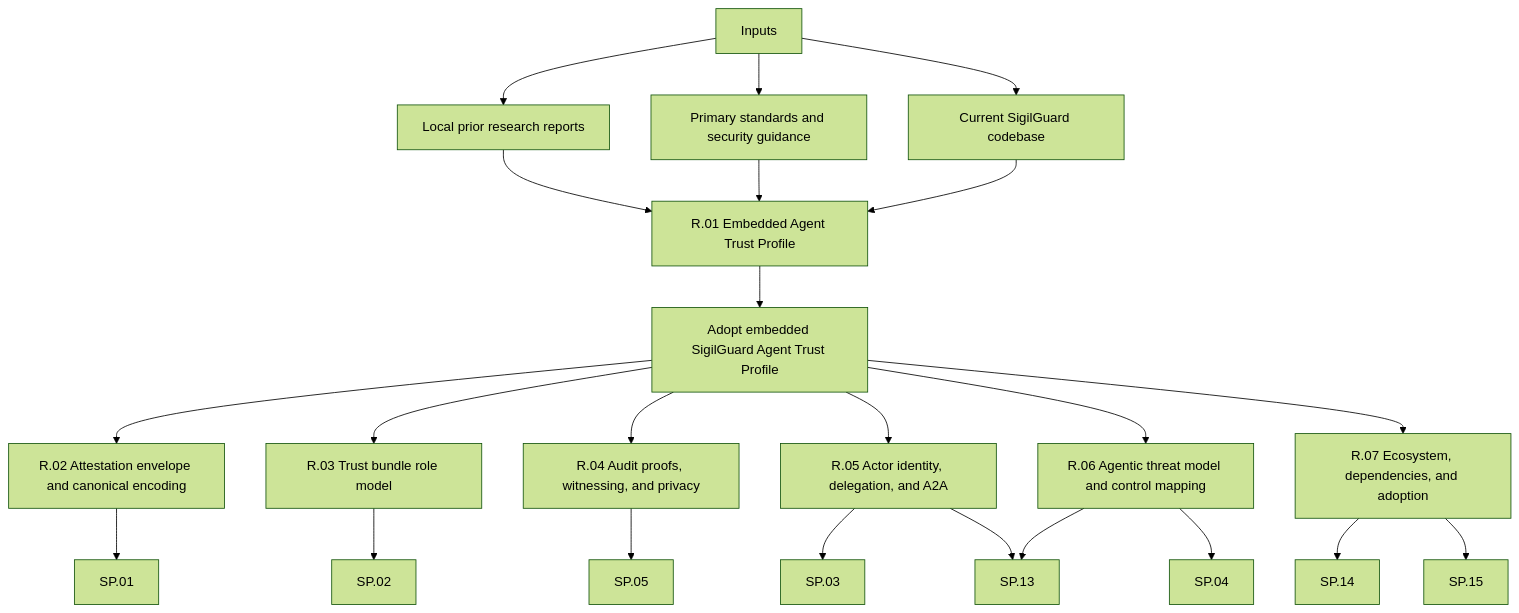
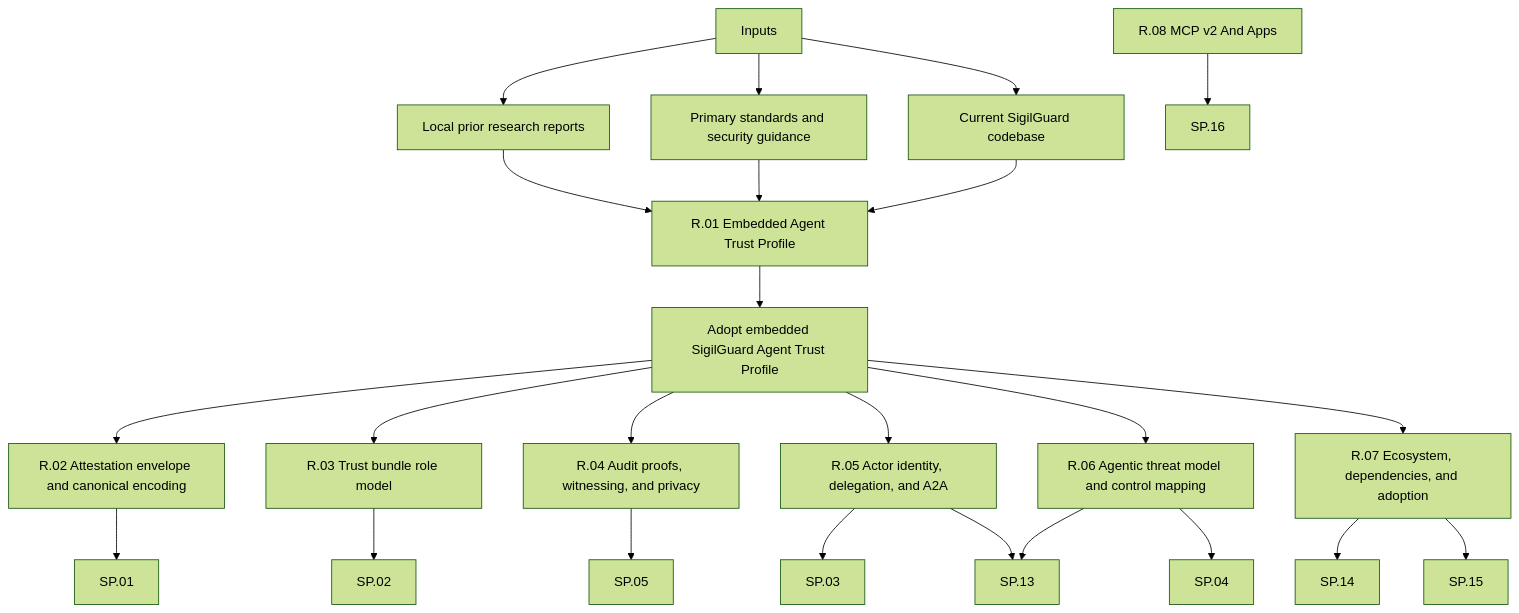
The diagram in docs/research/README.md (futhr/sigil_guard), drawn with Mermaid (forest theme) before and after one commit. The commit also changed other lines of this file and 8 other files, not shown here.

````diff
--- a/docs/research/README.md
+++ b/docs/research/README.md
@@ -9,30 +9,32 @@
 ```mermaid
 flowchart TD
     Inputs[Inputs]
     Inputs --> Reports[Local prior research reports]
     Inputs --> Standards[Primary standards and security guidance]
     Inputs --> Code[Current SigilGuard codebase]
 
     Reports --> R01[R.01 Embedded Agent Trust Profile]
     Standards --> R01
     Code --> R01
 
     R01 --> Decision[Adopt embedded SigilGuard Agent Trust Profile]
 
     Decision --> R02[R.02 Attestation envelope and canonical encoding]
     Decision --> R03[R.03 Trust bundle role model]
     Decision --> R04[R.04 Audit proofs, witnessing, and privacy]
     Decision --> R05[R.05 Actor identity, delegation, and A2A]
     Decision --> R06[R.06 Agentic threat model and control mapping]
     Decision --> R07[R.07 Ecosystem, dependencies, and adoption]
 
     R02 --> SP01[SP.01]
     R03 --> SP02[SP.02]
     R05 --> SP03[SP.03]
     R06 --> SP04[SP.04]
     R04 --> SP05[SP.05]
     R05 --> SP13[SP.13]
     R06 --> SP13
     R07 --> SP14[SP.14]
     R07 --> SP15[SP.15]
+    R08[R.08 MCP v2 And Apps]
+    R08 --> SP16[SP.16]
 ```
````
